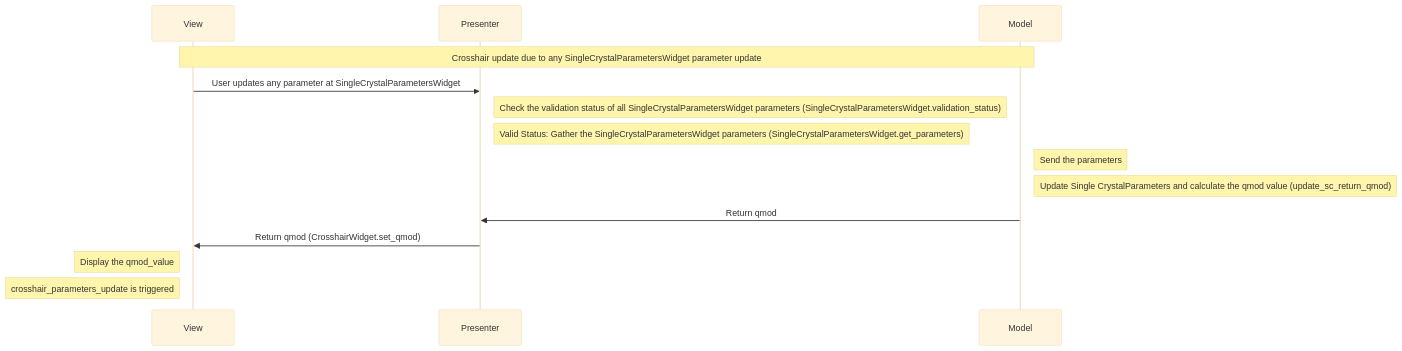
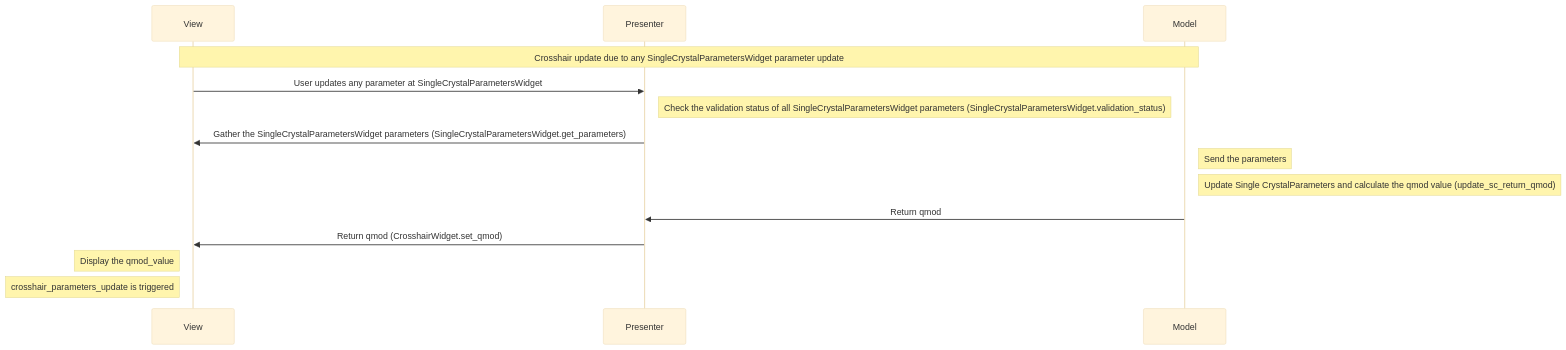
Diagram 12 of 13 in docs/source/design/hyspecpptclasses.rst (neutrons/hyspecppt), drawn with Mermaid (base theme) before and after one commit. The commit also changed other lines of this file, not shown here.

Commit message:
workflow presenter -view connections update

```diff
--- a/docs/source/design/hyspecpptclasses.rst
+++ b/docs/source/design/hyspecpptclasses.rst
@@ -567,17 +582,17 @@
         .. mermaid::
 
             sequenceDiagram
                 participant View
                 participant Presenter
                 participant Model
 
                 Note over View,Model: Crosshair update due to any SingleCrystalParametersWidget parameter update
                 View->>Presenter: User updates any parameter at SingleCrystalParametersWidget
                 Note right of Presenter: Check the validation status of all SingleCrystalParametersWidget parameters (SingleCrystalParametersWidget.validation_status)
-                Note right of Presenter: Valid Status: Gather the SingleCrystalParametersWidget parameters (SingleCrystalParametersWidget.get_parameters)
+                Presenter->>View: Gather the SingleCrystalParametersWidget parameters (SingleCrystalParametersWidget.get_parameters)
                 Note right of Model: Send the parameters
                 Note right of Model: Update Single CrystalParameters and calculate the qmod value (update_sc_return_qmod)
                 Model->>Presenter: Return qmod
                 Presenter->>View: Return qmod (CrosshairWidget.set_qmod)
                 Note left of View: Display the qmod_value
                 Note left of View: crosshair_parameters_update is triggered
```
